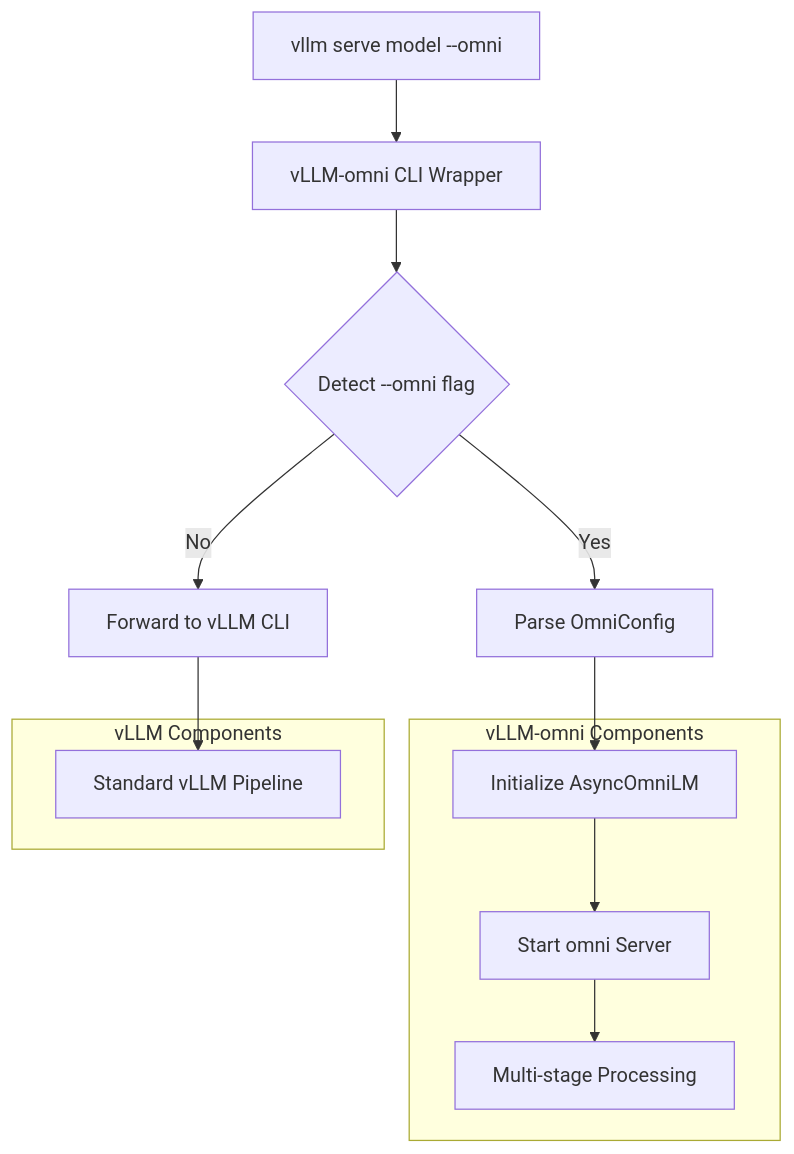
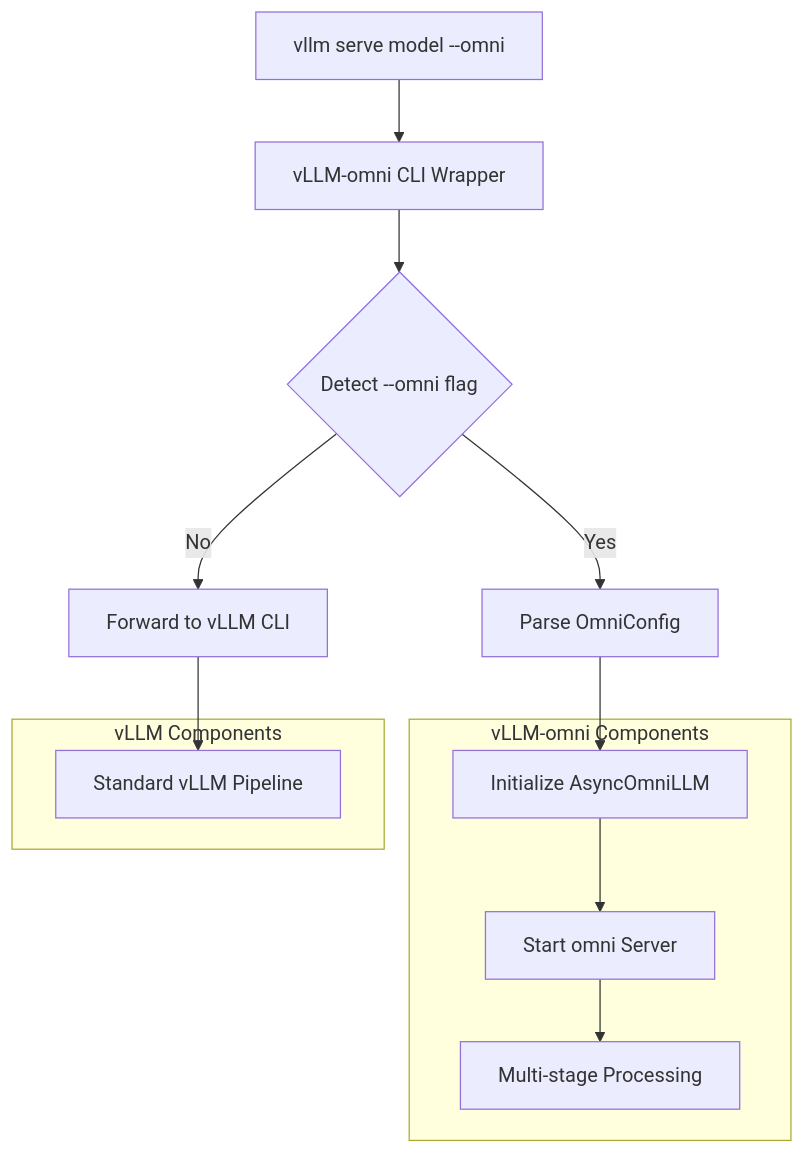
Before and after one commit to tjtanaa/vllm: the diagram in docs/architecture/vllm_omni_design.md, drawn with Mermaid. The commit also changed other lines of this file, not shown here.

````diff
--- a/docs/architecture/vllm_omni_design.md
+++ b/docs/architecture/vllm_omni_design.md
@@ -37,21 +37,21 @@
 ```mermaid
 graph TD
     A[vllm serve model --omni] --> B[vLLM-omni CLI Wrapper]
     B --> C{Detect --omni flag}
     C -->|Yes| D[Parse OmniConfig]
     C -->|No| E[Forward to vLLM CLI]
-    D --> F[Initialize AsyncOmniLM]
+    D --> F[Initialize AsyncOmniLLM]
     F --> G[Start omni Server]
     G --> H[Multi-stage Processing]
     E --> I[Standard vLLM Pipeline]
 
     subgraph "vLLM-omni Components"
         F
         G
         H
     end
 
     subgraph "vLLM Components"
         I
     end
 ```
````
